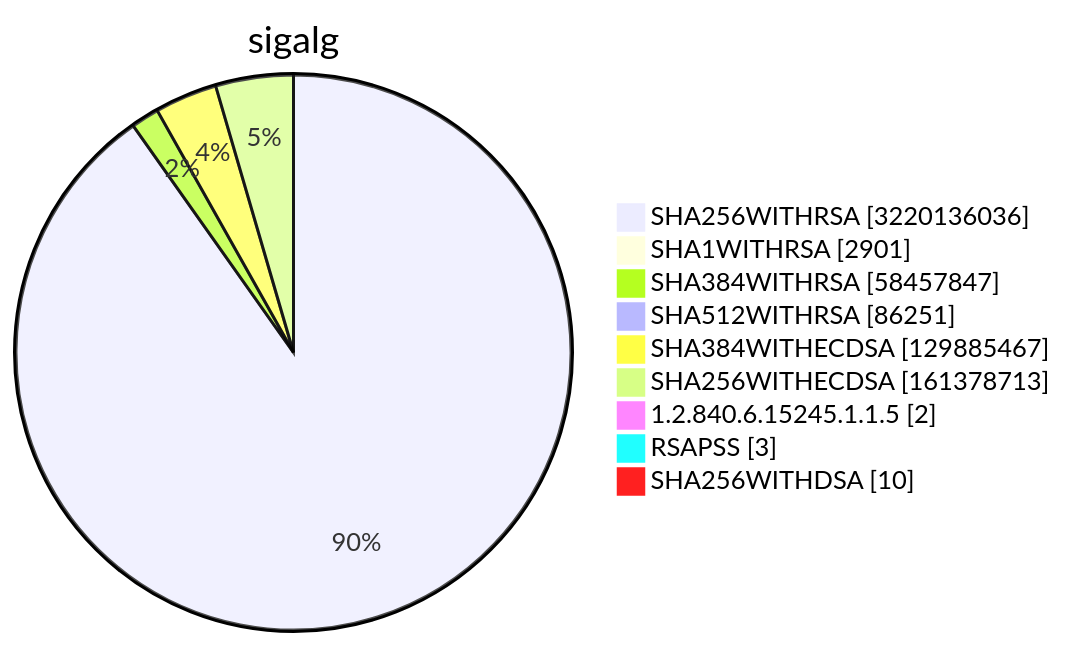
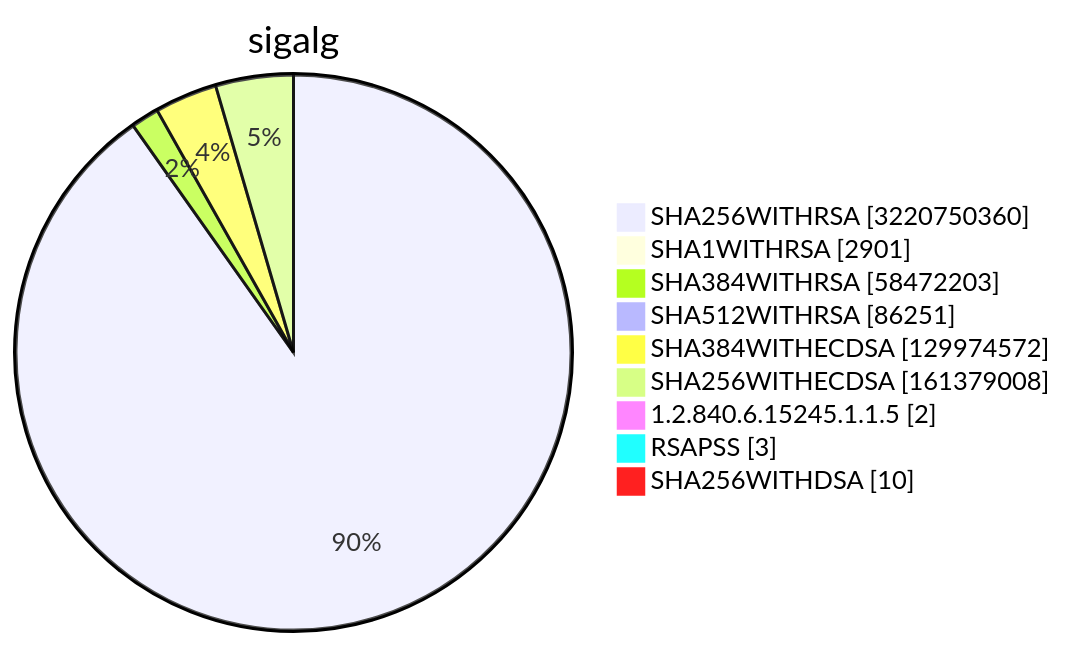
Diagram 15 of 15 in TOTAL/README.md (christiankrug/ctmonitor_visualization), drawn with Mermaid before and after one commit. The commit also changed other lines of this file, not shown here.

````diff
--- a/TOTAL/README.md
+++ b/TOTAL/README.md
@@ -6217,13 +6217,13 @@
 ```mermaid
 pie showData
 title sigalg
-"SHA256WITHRSA" :3220136036
+"SHA256WITHRSA" :3220750360
 "SHA1WITHRSA" :2901
-"SHA384WITHRSA" :58457847
+"SHA384WITHRSA" :58472203
 "SHA512WITHRSA" :86251
-"SHA384WITHECDSA" :129885467
-"SHA256WITHECDSA" :161378713
+"SHA384WITHECDSA" :129974572
+"SHA256WITHECDSA" :161379008
 "1.2.840.6.15245.1.1.5" :2
 "RSAPSS" :3
 "SHA256WITHDSA" :10
 ```
````
